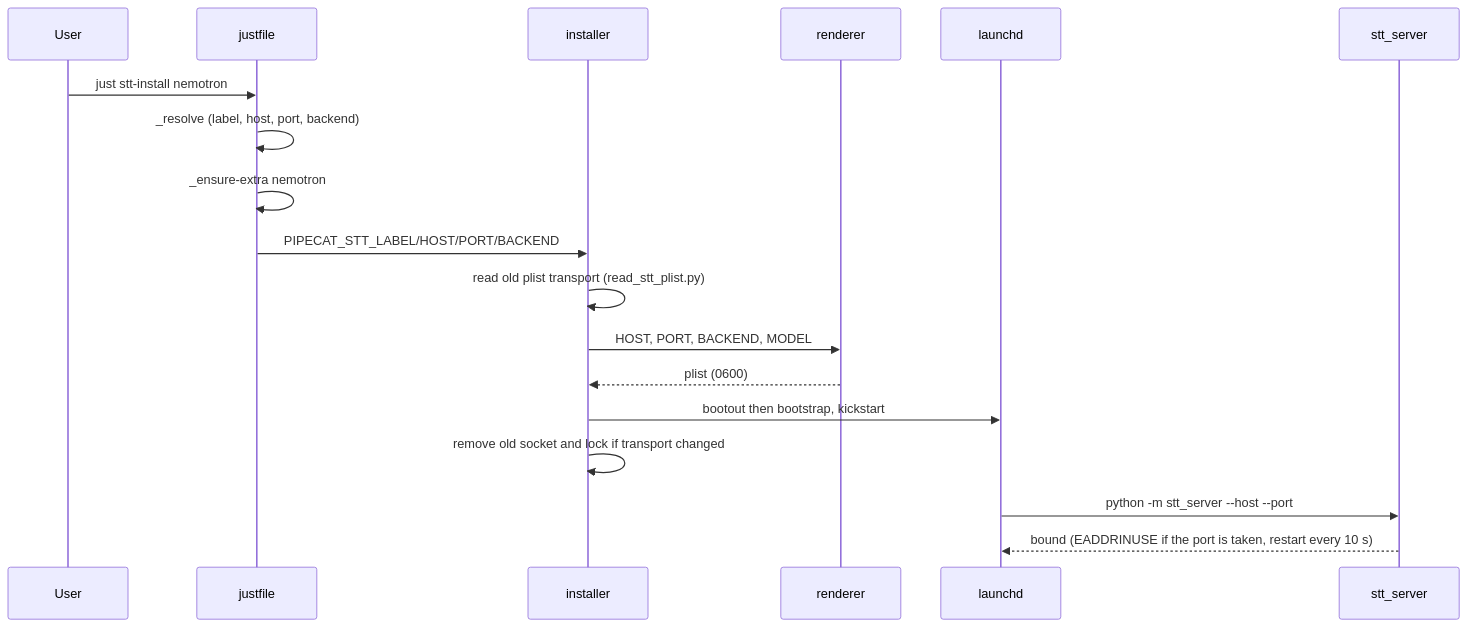
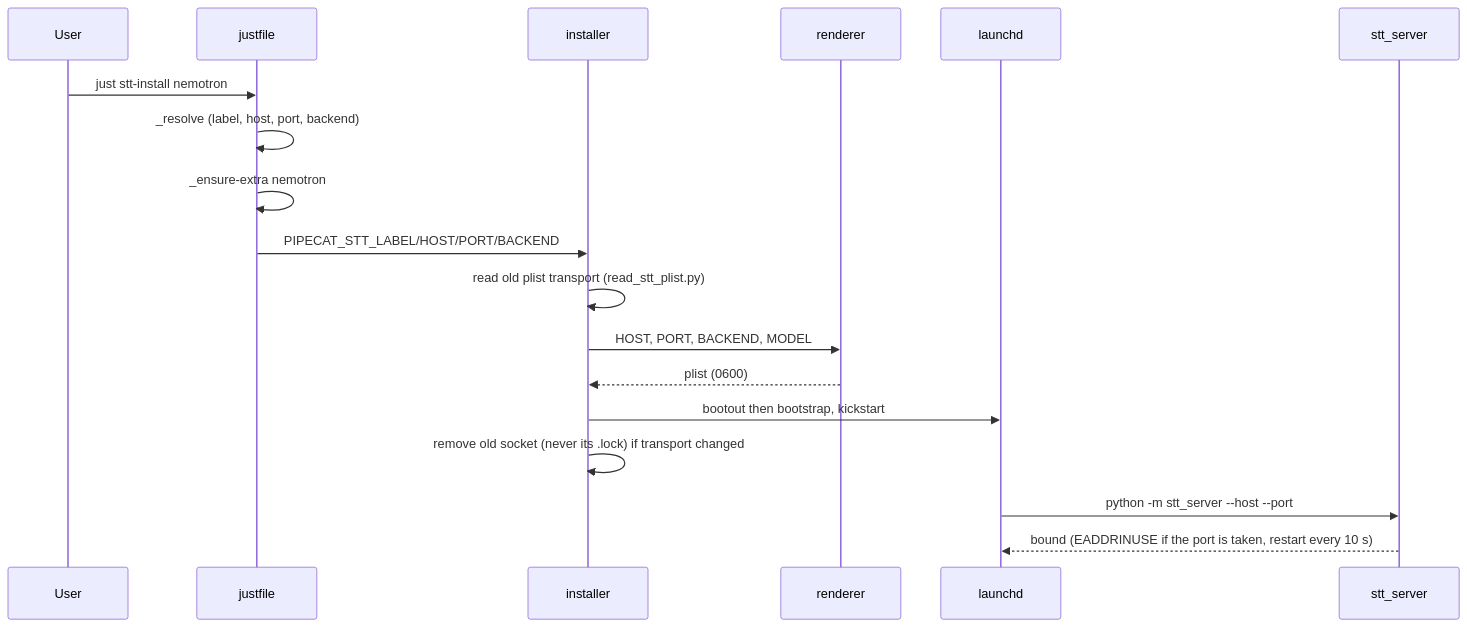
The second of 2 diagrams in docs/dev_plans/20261025-feature-stt-agents-loopback-tcp.md (vr000m/pipecat-local-stt-server), drawn with Mermaid before and after one commit. The commit also changed other lines of this file and 1 other file, not shown here.

Commit message:
docs: reinstall and uninstall never remove the socket's .lock; round-7 plan status

````diff
--- a/docs/dev_plans/20261025-feature-stt-agents-loopback-tcp.md
+++ b/docs/dev_plans/20261025-feature-stt-agents-loopback-tcp.md
@@ -174,20 +174,20 @@
 ```mermaid
 sequenceDiagram
     participant U as User
     participant J as justfile
     participant I as installer
     participant R as renderer
     participant L as launchd
     participant S as stt_server
     U->>J: just stt-install nemotron
     J->>J: _resolve (label, host, port, backend)
     J->>J: _ensure-extra nemotron
     J->>I: PIPECAT_STT_LABEL/HOST/PORT/BACKEND
     I->>I: read old plist transport (read_stt_plist.py)
     I->>R: HOST, PORT, BACKEND, MODEL
     R-->>I: plist (0600)
     I->>L: bootout then bootstrap, kickstart
-    I->>I: remove old socket and lock if transport changed
+    I->>I: remove old socket (never its .lock) if transport changed
     L->>S: python -m stt_server --host --port
     S-->>L: bound (EADDRINUSE if the port is taken, restart every 10 s)
 ```
````
